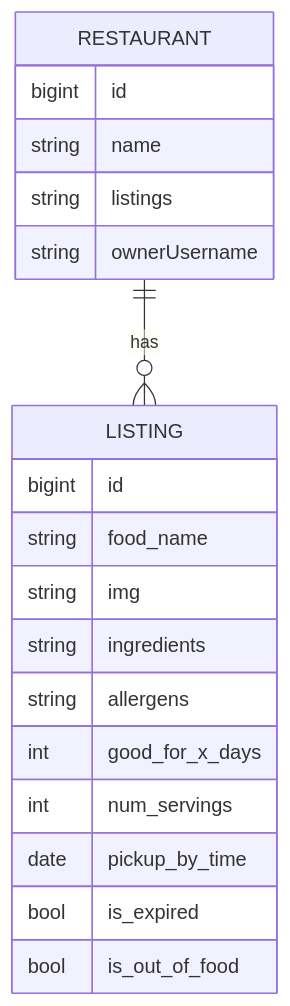
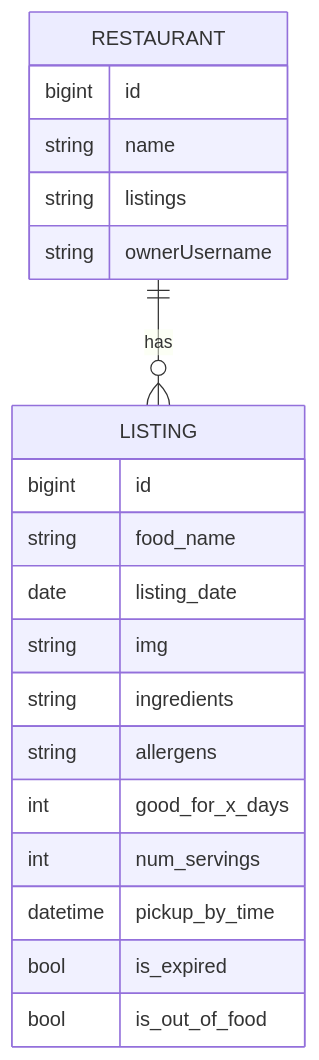
The diagram in README.md (cindywongdev/capstone-backend), drawn with Mermaid before and after one commit.

Commit message:
updated model in readme

````diff
--- a/README.md
+++ b/README.md
@@ -13,22 +13,23 @@
 ```mermaid
 erDiagram
     RESTAURANT ||--o{ LISTING: has
     RESTAURANT {
         bigint id
         string name
         string listings
         string ownerUsername
     }
     LISTING {
         bigint  id
         string  food_name
+        date    listing_date
         string  img
         string  ingredients
         string  allergens
         int     good_for_x_days
         int     num_servings
-        date    pickup_by_time
+        datetime    pickup_by_time
         bool    is_expired
         bool    is_out_of_food
     }
 ```
````
